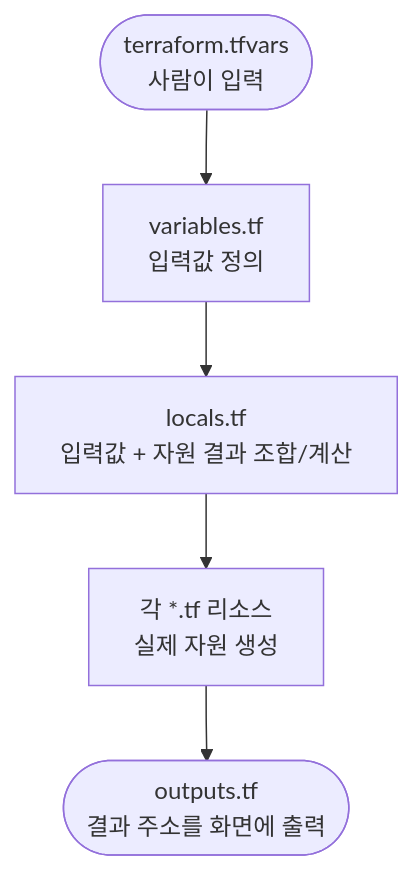
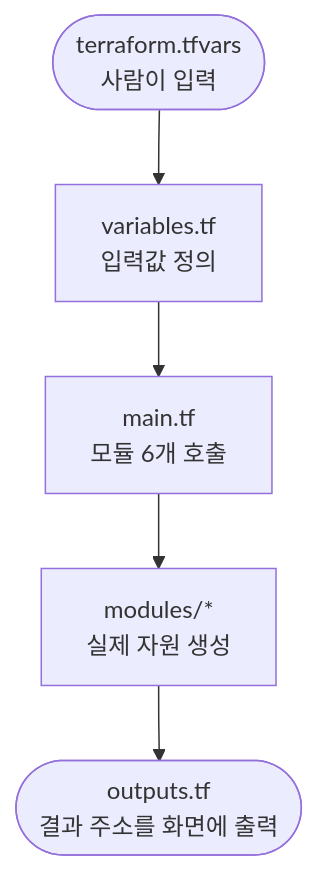
Before and after one commit to BankRupang/sanji-infra: the diagram in docs/INTRODUCTION.md, drawn with Mermaid. The commit also changed other lines of this file and 1 other file, not shown here.

````diff
--- a/docs/INTRODUCTION.md
+++ b/docs/INTRODUCTION.md
@@ -36,7 +36,7 @@
 ```mermaid
 graph TD
     A([terraform.tfvars <br> 사람이 입력]) --> B[variables.tf <br> 입력값 정의]
-    B --> C[locals.tf <br> 입력값 + 자원 결과 조합/계산]
-    C --> D[각 *.tf 리소스 <br> 실제 자원 생성]
+    B --> C[main.tf <br> 모듈 6개 호출]
+    C --> D[modules/* <br> 실제 자원 생성]
     D --> E([outputs.tf <br> 결과 주소를 화면에 출력])
 ```
````
